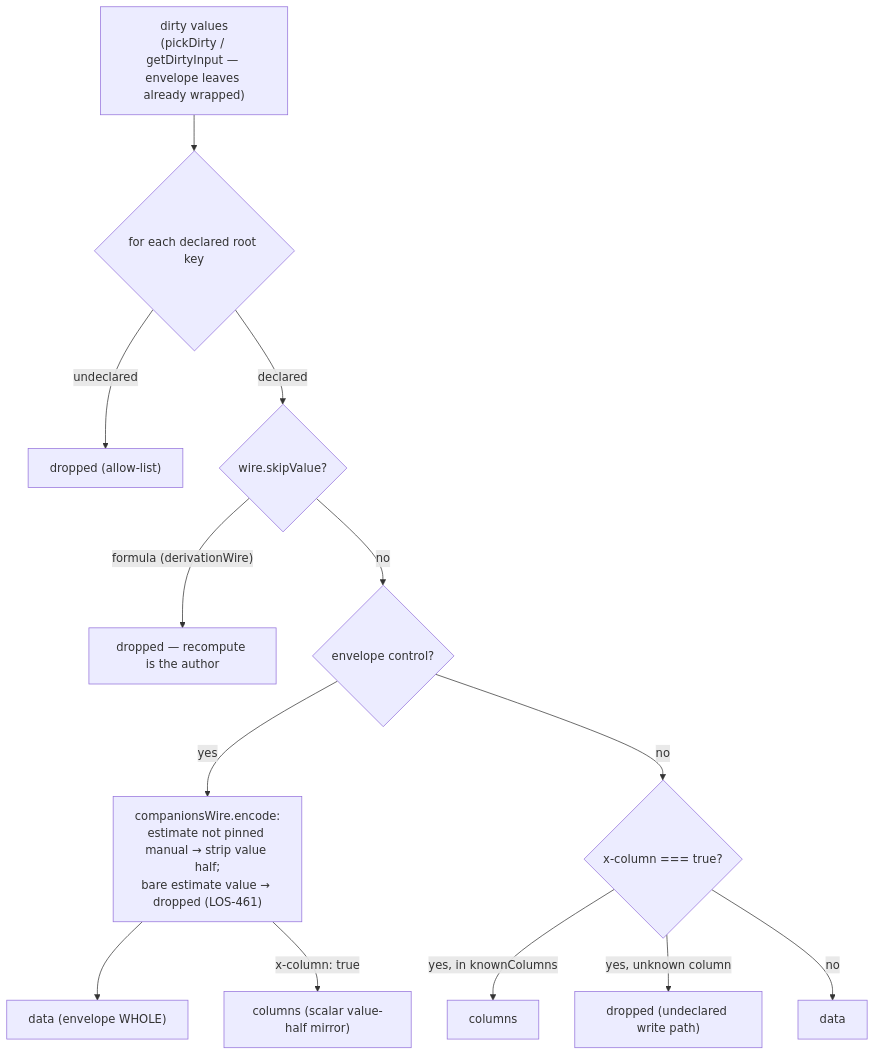
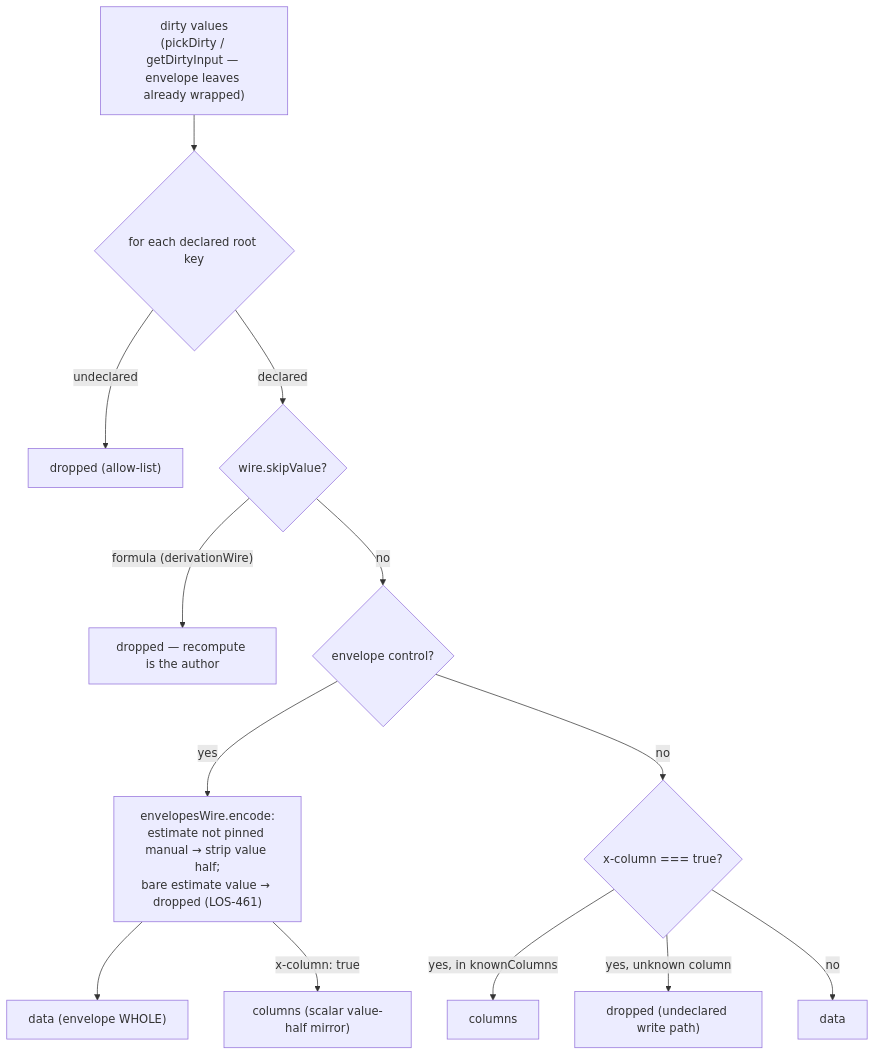
The diagram in docs/wire-shapes.md (andrew310/jsonisch), drawn with Mermaid before and after one commit. The commit also changed other lines of this file and 29 other files, not shown here.

First line of the commit message:
refactor(jsonisch): rename companions plugin to envelopes

````diff
--- a/docs/wire-shapes.md
+++ b/docs/wire-shapes.md
@@ -30,15 +30,15 @@
 ```mermaid
 flowchart TD
   D["dirty values<br/>(pickDirty / getDirtyInput — envelope leaves already wrapped)"] --> K{"for each declared root key"}
   K -- undeclared --> DROP["dropped (allow-list)"]
   K -- declared --> SKIP{"wire.skipValue?"}
   SKIP -- "formula (derivationWire)" --> DROP2["dropped — recompute is the author"]
   SKIP -- no --> ENV{"envelope control?"}
-  ENV -- yes --> NORM["companionsWire.encode:<br/>estimate not pinned manual → strip value half;<br/>bare estimate value → dropped (LOS-461)"]
+  ENV -- yes --> NORM["envelopesWire.encode:<br/>estimate not pinned manual → strip value half;<br/>bare estimate value → dropped (LOS-461)"]
   NORM --> BAG["data (envelope WHOLE)"]
   NORM -- "x-column: true" --> MIRROR["columns (scalar value-half mirror)"]
   ENV -- no --> COL{"x-column === true?"}
   COL -- "yes, in knownColumns" --> C["columns"]
   COL -- "yes, unknown column" --> DROP3["dropped (undeclared write path)"]
   COL -- no --> BAG2["data"]
 ```
````
